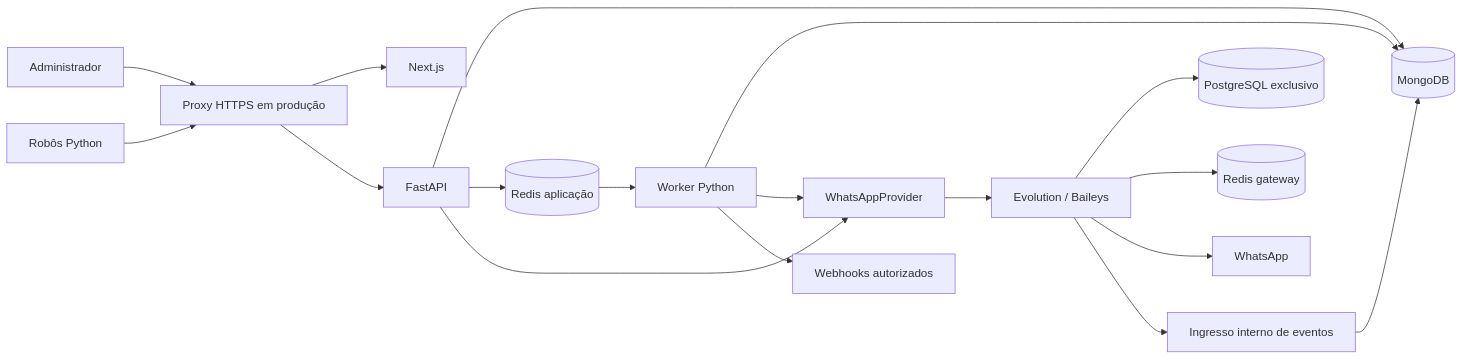
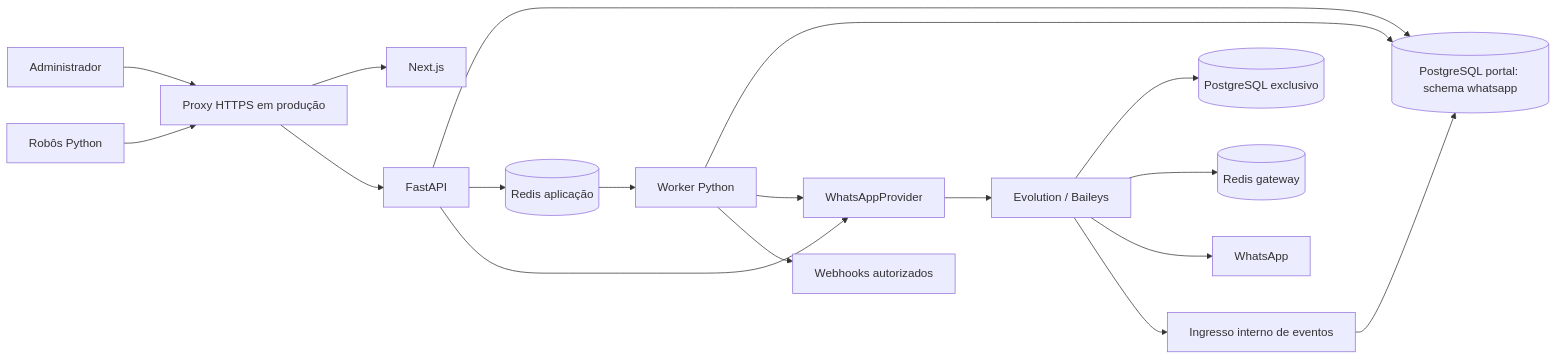
One commit to futuranext/futuranext_portal changed the diagram in whatsapp/ARCHITECTURE.md. Above: the diagram before and after it, drawn with Mermaid. The commit also changed other lines of this file and 9 other files, not shown here.

First line of the commit message:
WhatsApp: Compose sem Mongo, CI com PostgreSQL e guia de publicação

````diff
--- a/whatsapp/ARCHITECTURE.md
+++ b/whatsapp/ARCHITECTURE.md
@@ -16,20 +18,20 @@
 ```mermaid
 flowchart LR
   U[Administrador] --> P[Proxy HTTPS em produção]
   B[Robôs Python] --> P
   P --> F[Next.js]
   P --> A[FastAPI]
-  A --> M[(MongoDB)]
+  A --> M[(PostgreSQL portal: schema whatsapp)]
   A --> R[(Redis aplicação)]
   R --> W[Worker Python]
   W --> M
   A --> I[WhatsAppProvider]
   W --> I
   I --> E[Evolution / Baileys]
   E --> PG[(PostgreSQL exclusivo)]
   E --> RC[(Redis gateway)]
   E --> WA[WhatsApp]
   E --> H[Ingresso interno de eventos]
   H --> M
   W --> X[Webhooks autorizados]
 ```
````
